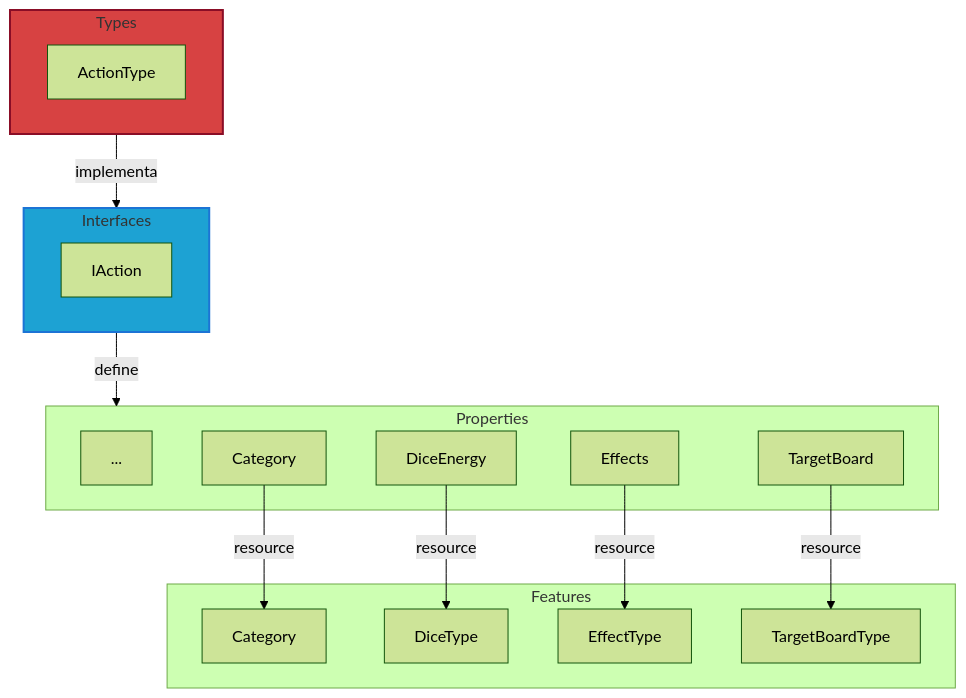
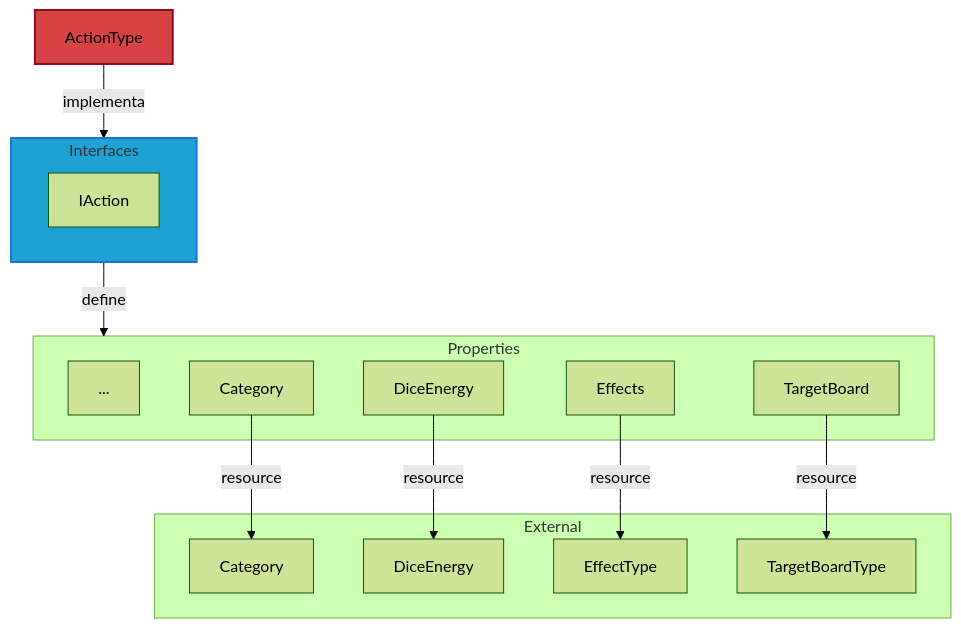
Before and after one commit to Space-Wizard-Studios/sw-game-dice-rolling: the diagram in docs/content/architecture/02-features/actions.md, drawn with Mermaid (forest theme). The commit also changed other lines of this file and 4 other files, not shown here.

Commit message:
Update architecture documentation: enhance feature overviews and clarify resource types

````diff
--- a/docs/content/architecture/02-features/actions.md
+++ b/docs/content/architecture/02-features/actions.md
@@ -9,37 +11,35 @@
 ```mermaid
 flowchart TD
+    Types["ActionType"]
+
     subgraph Interfaces
         IAction
     end
 
-    subgraph Types
-        ActionType
-    end
-
     subgraph Properties["Properties"]
-        ...
+        Other["..."]
         Category
         DiceEnergy
         Effects
         TargetBoard
     end
 
-    subgraph Features
+    subgraph External
         CategoryFeature["Category"]
-        DiceFeature["DiceType"]
+        DiceFeature["DiceEnergy"]
         EffectsFeature["EffectType"]
-        BoardFeature["TargetBoardType"]
+        TargetBoardFeature["TargetBoardType"]
     end
 
     Types-->|implementa|Interfaces
 
     Interfaces-->|define|Properties
 
     Category-->|resource|CategoryFeature
     DiceEnergy-->|resource|DiceFeature
     Effects-->|resource|EffectsFeature
-    TargetBoard-->|resource|BoardFeature
+    TargetBoard-->|resource|TargetBoardFeature
 
     style Types fill:#d74242,stroke:#8a0d26,stroke-width:2px;
     style Interfaces fill:#1da2d3,stroke:#1c74d5,stroke-width:2px;
 ```
````
